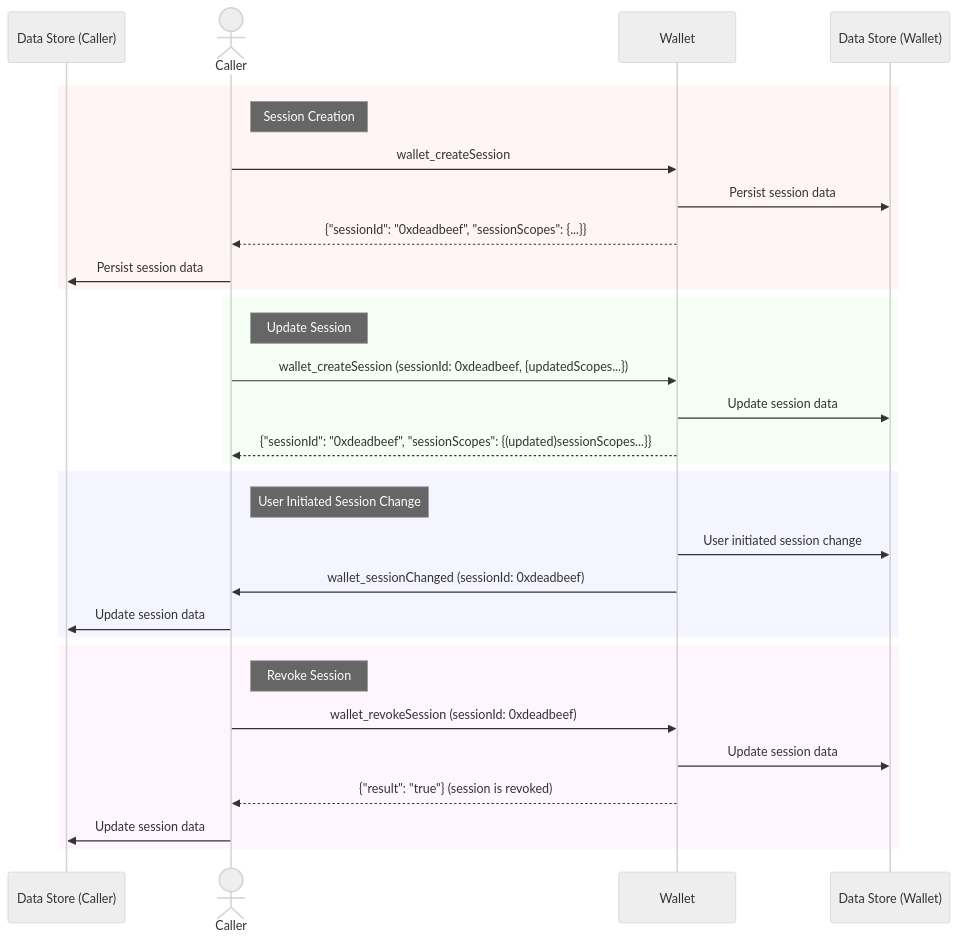
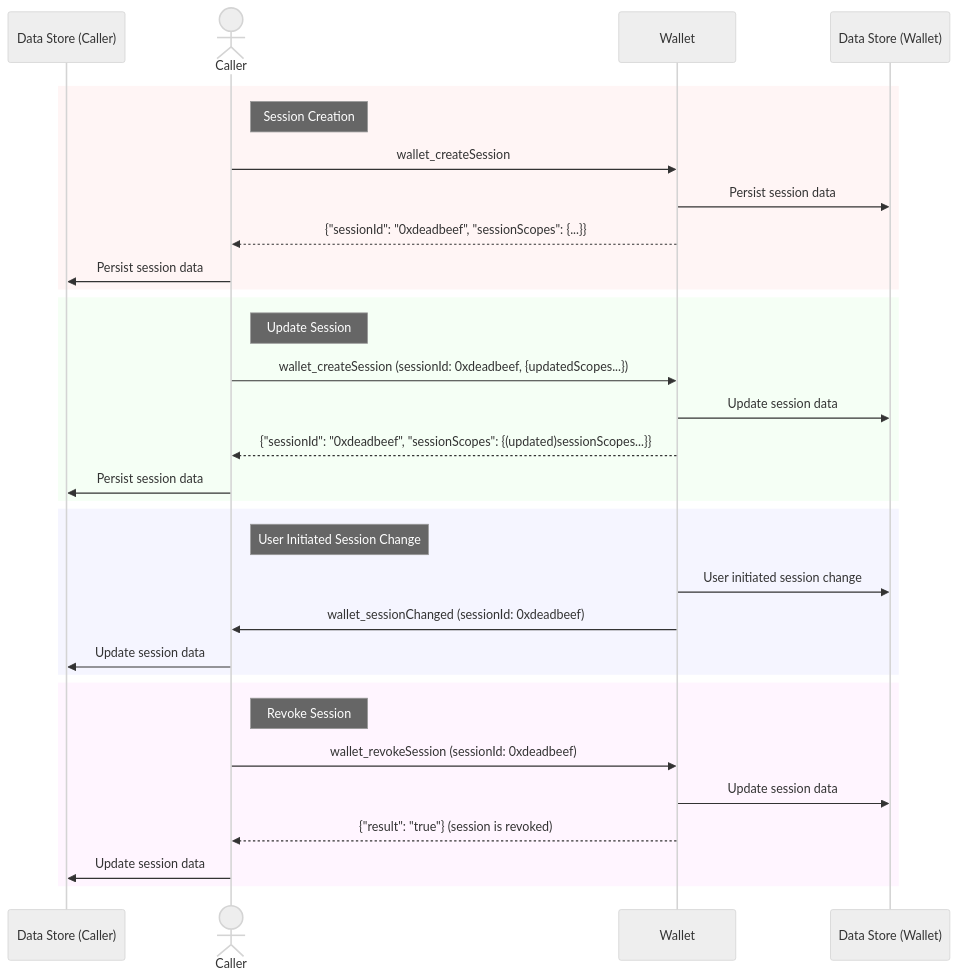
The second of 2 diagrams in BCP/Session Lifecycle Management.md (ChainAgnostic/CAIPs), drawn with Mermaid (neutral theme) before and after one commit. The commit also changed other lines of this file, not shown here.

````diff
--- a/BCP/Session Lifecycle Management.md
+++ b/BCP/Session Lifecycle Management.md
@@ -83,35 +83,36 @@
 ```mermaid
 sequenceDiagram
   rect rgb(255, 255, 255)
   participant CallerDataStore as Data Store (Caller)
   actor Caller
   participant Wallet
   participant WalletDataStore as Data Store (Wallet)
   rect rgb(255, 245, 245)
   note right of Caller: Session Creation
   Caller->>Wallet: wallet_createSession
   Wallet->>WalletDataStore: Persist session data
   Wallet-->>Caller: {"sessionId": "0xdeadbeef", "sessionScopes": {...}}
   Caller->>CallerDataStore: Persist session data
   end
   rect rgb(245, 255, 245)
   note right of Caller: Update Session
   Caller->>Wallet: wallet_createSession (sessionId: 0xdeadbeef, {updatedScopes...})
   Wallet->>WalletDataStore: Update session data
   Wallet-->>Caller: {"sessionId": "0xdeadbeef", "sessionScopes": {(updated)sessionScopes...}}
+  Caller->>CallerDataStore: Persist session data
   end
   rect rgb(245, 245, 255)
   note right of Caller: User Initiated Session Change
   Wallet->>WalletDataStore: User initiated session change
   Wallet->>Caller: wallet_sessionChanged (sessionId: 0xdeadbeef)
   Caller->>CallerDataStore: Update session data
   end
   rect rgb(255, 245, 255)
   note right of Caller: Revoke Session
   Caller->>Wallet: wallet_revokeSession (sessionId: 0xdeadbeef)
   Wallet->>WalletDataStore: Update session data
   Wallet-->>Caller: {"result": "true"} (session is revoked)
   Caller->>CallerDataStore: Update session data
   end
   end
 ```
````
